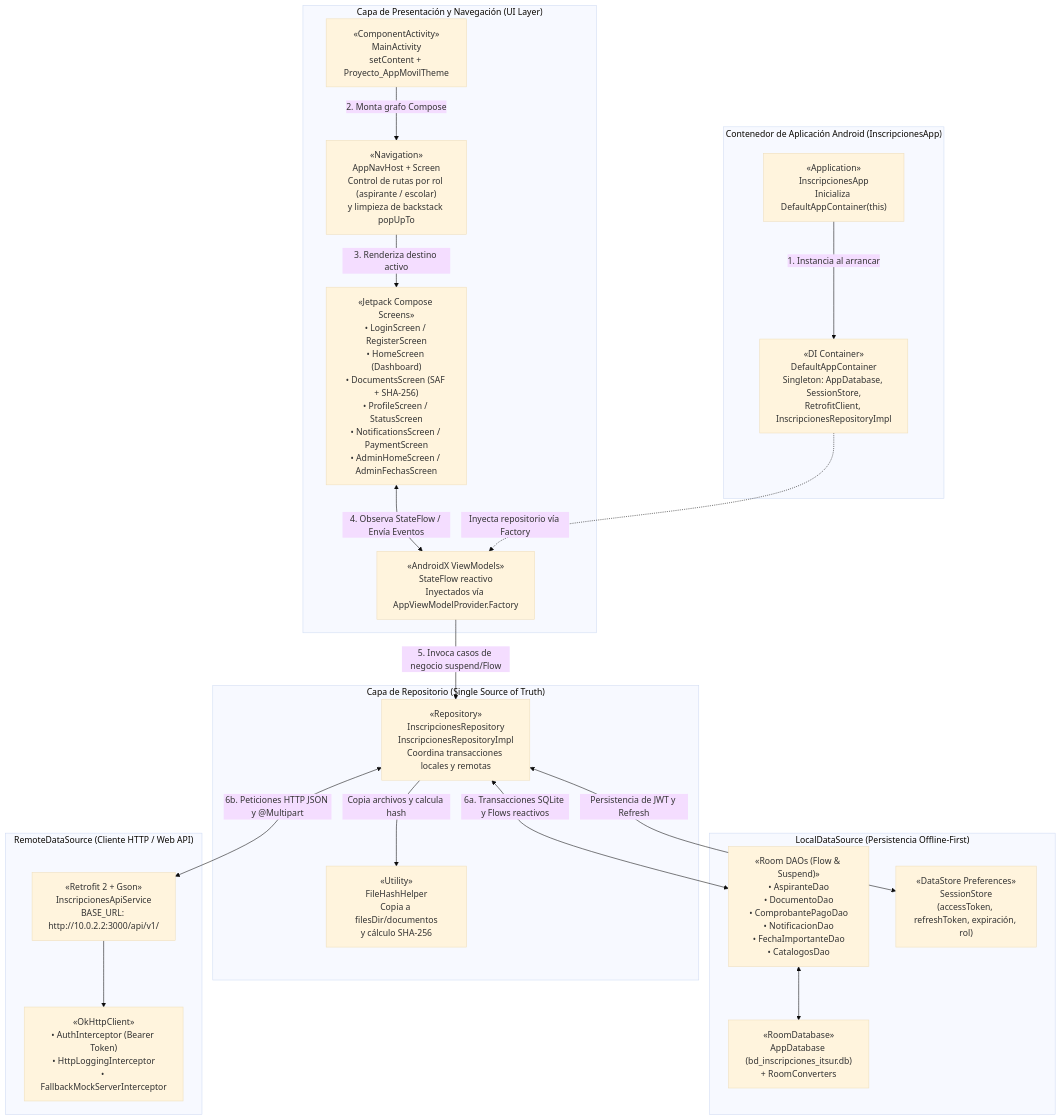
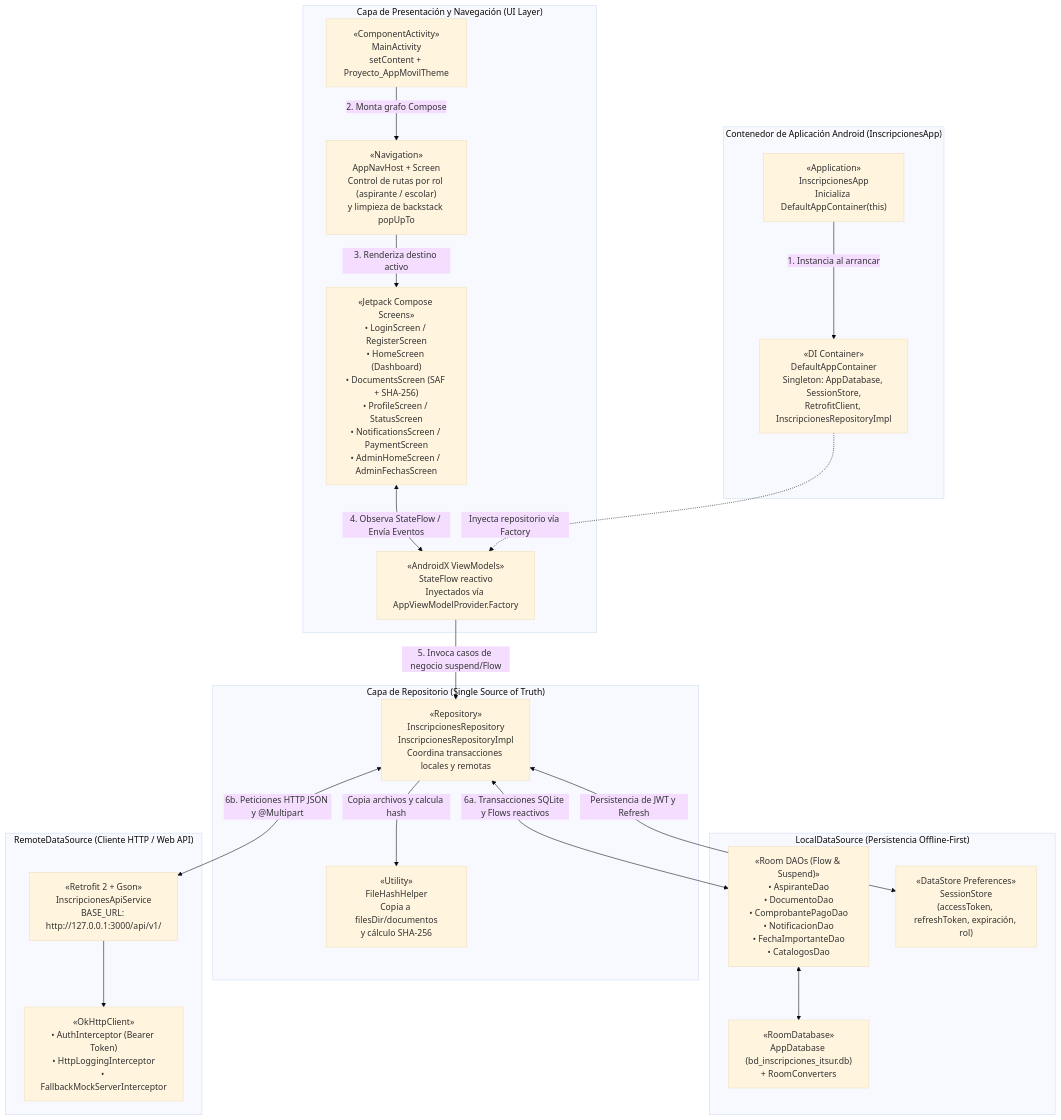
Before and after one commit to alanfon078/Proyecto_AppMovil: the first of 3 diagrams in docs/03_diagrama_uml_componentes.md, drawn with Mermaid (base theme). The commit also changed 1664 other files, not shown here.

````diff
--- a/docs/03_diagrama_uml_componentes.md
+++ b/docs/03_diagrama_uml_componentes.md
@@ -11,43 +11,43 @@
 ```mermaid
 flowchart TD
     subgraph ANDROID_APP["Contenedor de Aplicación Android (InscripcionesApp)"]
         APP["«Application»\nInscripcionesApp\nInicializa DefaultAppContainer(this)"]
         DI["«DI Container»\nDefaultAppContainer\nSingleton: AppDatabase, SessionStore,\nRetrofitClient, InscripcionesRepositoryImpl"]
     end
 
     subgraph PRESENTATION["Capa de Presentación y Navegación (UI Layer)"]
         ACT["«ComponentActivity»\nMainActivity\nsetContent + Proyecto_AppMovilTheme"]
         NAV["«Navigation»\nAppNavHost + Screen\nControl de rutas por rol (aspirante / escolar)\ny limpieza de backstack popUpTo"]
         SCREENS["«Jetpack Compose Screens»\n• LoginScreen / RegisterScreen\n• HomeScreen (Dashboard)\n• DocumentsScreen (SAF + SHA-256)\n• ProfileScreen / StatusScreen\n• NotificationsScreen / PaymentScreen\n• AdminHomeScreen / AdminFechasScreen"]
         VMS["«AndroidX ViewModels»\nStateFlow<UiState> reactivo\nInyectados vía AppViewModelProvider.Factory"]
     end
 
     subgraph DOMAIN_DATA["Capa de Repositorio (Single Source of Truth)"]
         REPO["«Repository»\nInscripcionesRepository\nInscripcionesRepositoryImpl\nCoordina transacciones locales y remotas"]
         HASH_UTIL["«Utility»\nFileHashHelper\nCopia a filesDir/documentos\ny cálculo SHA-256"]
     end
 
     subgraph LOCAL_DS["LocalDataSource (Persistencia Offline-First)"]
         ROOM["«RoomDatabase»\nAppDatabase (bd_inscripciones_itsur.db)\n+ RoomConverters"]
         DAOS["«Room DAOs (Flow & Suspend)»\n• AspiranteDao\n• DocumentoDao\n• ComprobantePagoDao\n• NotificacionDao\n• FechaImportanteDao\n• CatalogosDao"]
         DATASTORE["«DataStore Preferences»\nSessionStore\n(accessToken, refreshToken, expiración, rol)"]
     end
 
     subgraph REMOTE_DS["RemoteDataSource (Cliente HTTP / Web API)"]
-        RETROFIT["«Retrofit 2 + Gson»\nInscripcionesApiService\nBASE_URL: http://10.0.2.2:3000/api/v1/"]
+        RETROFIT["«Retrofit 2 + Gson»\nInscripcionesApiService\nBASE_URL: http://127.0.0.1:3000/api/v1/"]
         OKHTTP["«OkHttpClient»\n• AuthInterceptor (Bearer Token)\n• HttpLoggingInterceptor\n• FallbackMockServerInterceptor"]
     end
 
     APP -->|1. Instancia al arrancar| DI
     ACT -->|2. Monta grafo Compose| NAV
     NAV -->|3. Renderiza destino activo| SCREENS
     SCREENS <-->|4. Observa StateFlow / Envía Eventos| VMS
     DI -.->|Inyecta repositorio vía Factory| VMS
     VMS -->|5. Invoca casos de negocio suspend/Flow| REPO
     REPO -->|Copia archivos y calcula hash| HASH_UTIL
     REPO <-->|6a. Transacciones SQLite y Flows reactivos| DAOS
     DAOS <--> ROOM
     REPO <-->|Persistencia de JWT y Refresh| DATASTORE
     REPO <-->|6b. Peticiones HTTP JSON y @Multipart| RETROFIT
     RETROFIT --> OKHTTP
 ```
````
